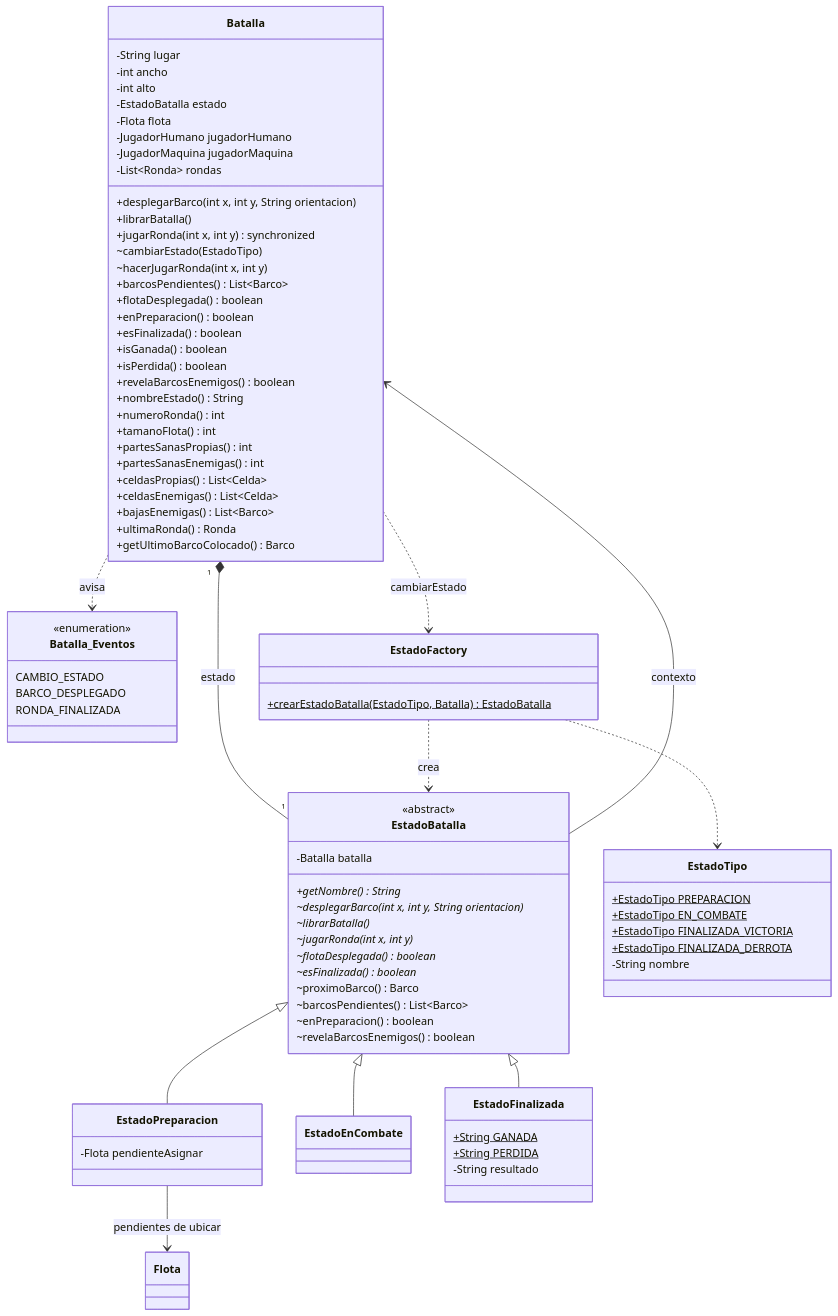
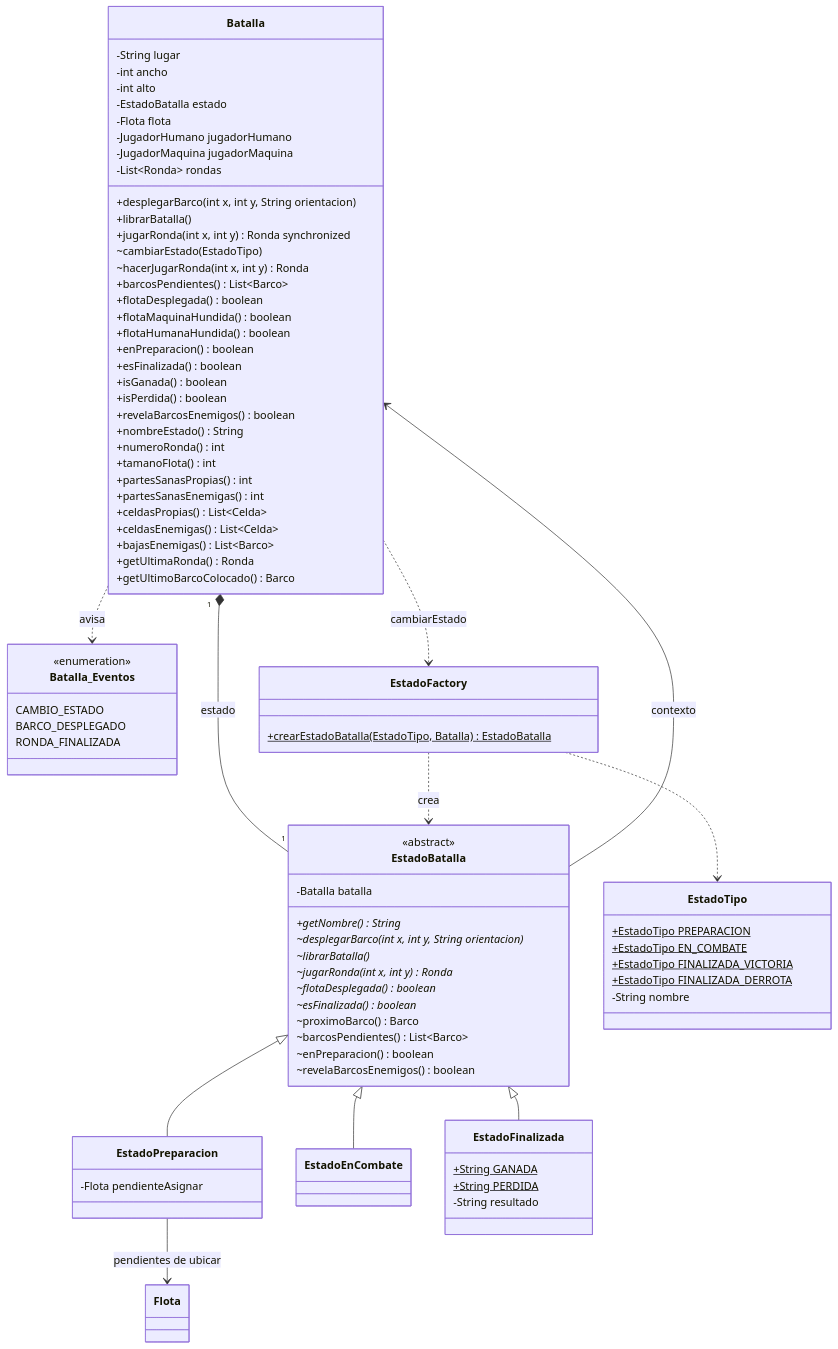
The third of 7 diagrams in README.md (FrancoRossi-Dev/BattleShip), drawn with Mermaid before and after one commit. The commit also changed other lines of this file and 4 other files, not shown here.

```diff
--- a/README.md
+++ b/README.md
@@ -172,11 +172,13 @@
         -List~Ronda~ rondas
         +desplegarBarco(int x, int y, String orientacion)
         +librarBatalla()
-        +jugarRonda(int x, int y) synchronized
+        +jugarRonda(int x, int y) Ronda synchronized
         ~cambiarEstado(EstadoTipo)
-        ~hacerJugarRonda(int x, int y)
+        ~hacerJugarRonda(int x, int y) Ronda
         +barcosPendientes() List~Barco~
         +flotaDesplegada() boolean
+        +flotaMaquinaHundida() boolean
+        +flotaHumanaHundida() boolean
         +enPreparacion() boolean
         +esFinalizada() boolean
         +isGanada() boolean
@@ -190,7 +192,7 @@
         +celdasPropias() List~Celda~
         +celdasEnemigas() List~Celda~
         +bajasEnemigas() List~Barco~
-        +ultimaRonda() Ronda
+        +getUltimaRonda() Ronda
         +getUltimoBarcoColocado() Barco
     }
     class Batalla_Eventos {
@@ -206,7 +208,7 @@
         +getNombre()* String
         ~desplegarBarco(int x, int y, String orientacion)*
         ~librarBatalla()*
-        ~jugarRonda(int x, int y)*
+        ~jugarRonda(int x, int y)* Ronda
         ~flotaDesplegada()* boolean
         ~esFinalizada()* boolean
         ~proximoBarco() Barco
```
